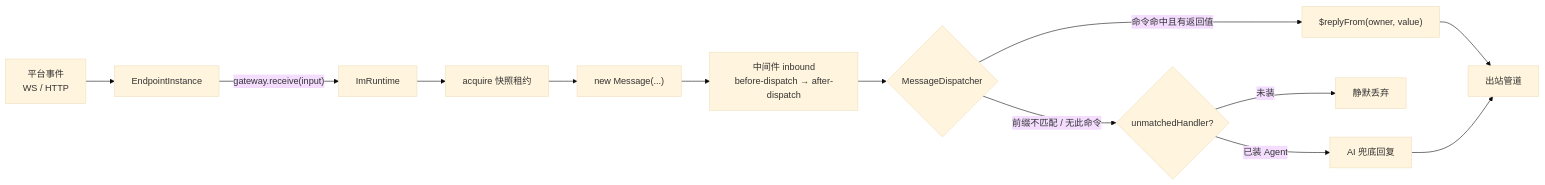
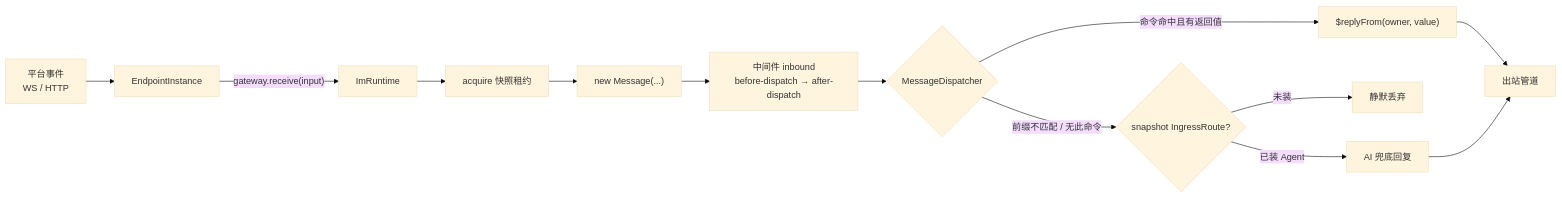
The first of 2 diagrams in docs/concepts/message-flow.md (zhinjs/zhin), drawn with Mermaid (base theme) before and after one commit. The commit also changed other lines of this file and 11 other files, not shown here.

````diff
--- a/docs/concepts/message-flow.md
+++ b/docs/concepts/message-flow.md
@@ -7,15 +7,15 @@
 ```mermaid
 flowchart LR
     P[平台事件<br/>WS / HTTP] --> E[EndpointInstance]
     E -->|"gateway.receive(input)"| G[ImRuntime]
     G --> L[acquire 快照租约]
     L --> M["new Message(...)"]
     M --> MW["中间件 inbound<br/>before-dispatch → after-dispatch"]
     MW --> D{MessageDispatcher}
-    D -->|"前缀不匹配 / 无此命令"| U{unmatchedHandler?}
+    D -->|"前缀不匹配 / 无此命令"| U{snapshot IngressRoute?}
     U -->|"已装 Agent"| AI[AI 兜底回复]
     U -->|"未装"| N[静默丢弃]
     D -->|"命令命中且有返回值"| R["$replyFrom(owner, value)"]
     R --> O[出站管道]
     AI --> O
 ```
````
